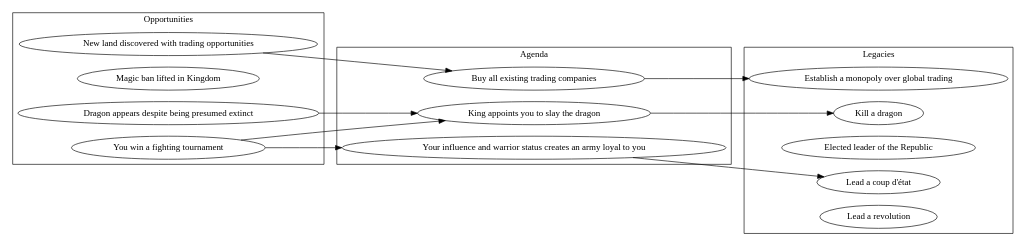
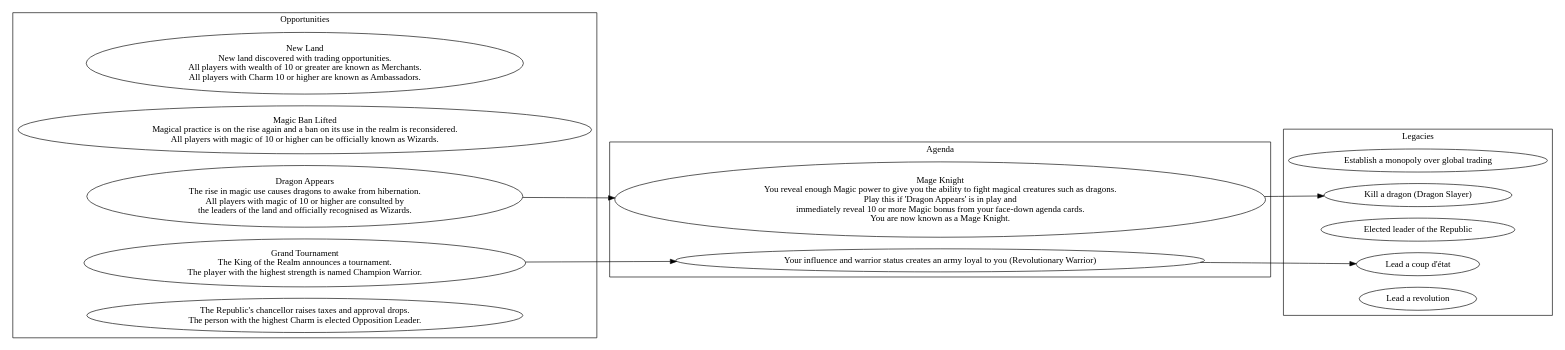
One commit to avengerpenguin/legacy changed the diagram in endgame.dot. Above: the diagram before and after it, drawn with Graphviz. The commit also changed 1 other file, not shown here.

Commit message:
Written more out to give an idea of possible card rules

```diff
--- a/endgame.dot
+++ b/endgame.dot
@@ -1,40 +1,37 @@
 digraph g {
     rankdir=LR;
 
     // Opportunities
     subgraph cluster_opportunities {
         label="Opportunities";
-        trading [label="New land discovered with trading opportunities"];
-        magic_legal [label="Magic ban lifted in Kingdom"];
-        dragon_appears [label="Dragon appears despite being presumed extinct"];
-        champion_warrior [label="You win a fighting tournament"];
+        trading [label="New Land\nNew land discovered with trading opportunities.\nAll players with wealth of 10 or greater are known as Merchants.\nAll players with Charm 10 or higher are known as Ambassadors."];
+        magic_legal [label="Magic Ban Lifted\nMagical practice is on the rise again and a ban on its use in the realm is reconsidered.\nAll players with magic of 10 or higher can be officially known as Wizards."];
+        dragon_appears [label="Dragon Appears\nThe rise in magic use causes dragons to awake from hibernation.\nAll players with magic of 10 or higher are consulted by\nthe leaders of the land and officially recognised as Wizards."];
+        champion_warrior [label="Grand Tournament\nThe King of the Realm announces a tournament.\nThe player with the highest strength is named Champion Warrior."];
+        unpopular_leader [label="The Republic's chancellor raises taxes and approval drops.\nThe person with the highest Charm is elected Opposition Leader."];
     }
 
     // Agenda
     subgraph cluster_agenda {
         label="Agenda";
-        buyout [label="Buy all existing trading companies"];
-        dragon_quest [label="King appoints you to slay the dragon"];
-        underground_rebellion [label="Your influence and warrior status creates an army loyal to you"];
+        dragon_quest [label="Mage Knight\nYou reveal enough Magic power to give you the ability to fight magical creatures such as dragons.\nPlay this if 'Dragon Appears' is in play and\nimmediately reveal 10 or more Magic bonus from your face-down agenda cards.\nYou are now known as a Mage Knight."];
+        underground_rebellion [label="Your influence and warrior status creates an army loyal to you (Revolutionary Warrior)"];
     }
 
     // Legacies
     subgraph cluster_legacies {
         label="Legacies";
         monopoly [label="Establish a monopoly over global trading"];
-        slay_dragon [label="Kill a dragon"];
+        slay_dragon [label="Kill a dragon (Dragon Slayer)"];
         elected [label="Elected leader of the Republic"];
         coup [label="Lead a coup d'état"];
         revolution [label="Lead a revolution"];
     }
 
     // Paths
     dragon_appears -> dragon_quest;
     dragon_quest -> slay_dragon;
     champion_warrior -> underground_rebellion;
-    champion_warrior -> dragon_quest;
-    trading -> buyout;
-    buyout -> monopoly;
     underground_rebellion -> coup;
 
 }
```
